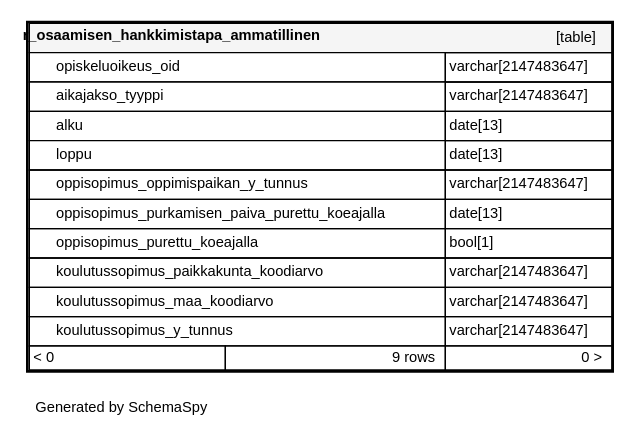
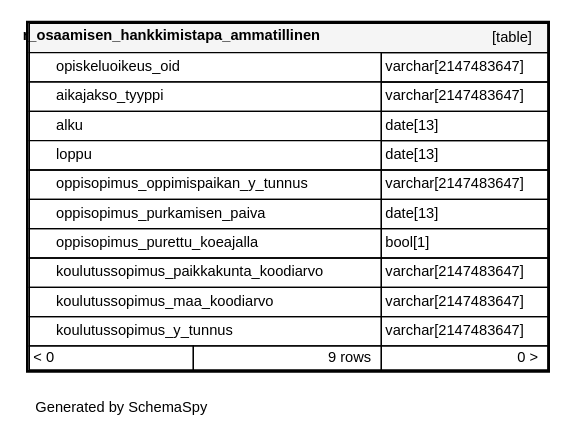
Before and after one commit to Opetushallitus/koski: the diagram in documentation/tietokantaskeemat/koski-raportointikanta/diagrams/tables/r_osaamisen_hankkimistapa_ammatillinen.1degree.dot, drawn with Graphviz. The commit also changed 100 other files, not shown here.

```diff
--- a/documentation/tietokantaskeemat/koski-raportointikanta/diagrams/tables/r_osaamisen_hankkimistapa_ammatillinen.1degree.dot
+++ b/documentation/tietokantaskeemat/koski-raportointikanta/diagrams/tables/r_osaamisen_hankkimistapa_ammatillinen.1degree.dot
@@ -1,23 +1,23 @@
 digraph "oneDegreeRelationshipsDiagram" {
   graph [    rankdir="RL"    bgcolor="#ffffff"    label="\nGenerated by SchemaSpy"    labeljust="l"    nodesep="0.18"    ranksep="0.46"    fontname="Helvetica"    fontsize="11"    ration="compress"  ];  node [    fontname="Helvetica"    fontsize="11"    shape="plaintext"  ];  edge [    arrowsize="0.8"  ];
   "r_osaamisen_hankkimistapa_ammatillinen" [
    label=<
     <TABLE BORDER="2" CELLBORDER="1" CELLSPACING="0" BGCOLOR="#ffffff">
       <TR><TD COLSPAN="4"  BGCOLOR="#f5f5f5"><TABLE BORDER="0" CELLSPACING="0"><TR><TD ALIGN="LEFT" FIXEDSIZE="TRUE" WIDTH="243" HEIGHT="16"><B>r_osaamisen_hankkimistapa_ammatillinen</B></TD><TD ALIGN="RIGHT">[table]</TD></TR></TABLE></TD></TR>
-      <TR><TD PORT="opiskeluoikeus_oid" COLSPAN="2" BGCOLOR="#ffffff" ALIGN="LEFT"><TABLE BORDER="0" CELLSPACING="0" ALIGN="LEFT"><TR ALIGN="LEFT"><TD ALIGN="LEFT" FIXEDSIZE="TRUE" WIDTH="15" HEIGHT="16"></TD><TD ALIGN="LEFT" FIXEDSIZE="TRUE" WIDTH="291" HEIGHT="16">opiskeluoikeus_oid</TD></TR></TABLE></TD><TD PORT="opiskeluoikeus_oid.type" ALIGN="LEFT">varchar[2147483647]</TD></TR>
-      <TR><TD PORT="aikajakso_tyyppi" COLSPAN="2" BGCOLOR="#ffffff" ALIGN="LEFT"><TABLE BORDER="0" CELLSPACING="0" ALIGN="LEFT"><TR ALIGN="LEFT"><TD ALIGN="LEFT" FIXEDSIZE="TRUE" WIDTH="15" HEIGHT="16"></TD><TD ALIGN="LEFT" FIXEDSIZE="TRUE" WIDTH="291" HEIGHT="16">aikajakso_tyyppi</TD></TR></TABLE></TD><TD PORT="aikajakso_tyyppi.type" ALIGN="LEFT">varchar[2147483647]</TD></TR>
-      <TR><TD PORT="alku" COLSPAN="2" BGCOLOR="#ffffff" ALIGN="LEFT"><TABLE BORDER="0" CELLSPACING="0" ALIGN="LEFT"><TR ALIGN="LEFT"><TD ALIGN="LEFT" FIXEDSIZE="TRUE" WIDTH="15" HEIGHT="16"></TD><TD ALIGN="LEFT" FIXEDSIZE="TRUE" WIDTH="291" HEIGHT="16">alku</TD></TR></TABLE></TD><TD PORT="alku.type" ALIGN="LEFT">date[13]</TD></TR>
-      <TR><TD PORT="loppu" COLSPAN="2" BGCOLOR="#ffffff" ALIGN="LEFT"><TABLE BORDER="0" CELLSPACING="0" ALIGN="LEFT"><TR ALIGN="LEFT"><TD ALIGN="LEFT" FIXEDSIZE="TRUE" WIDTH="15" HEIGHT="16"></TD><TD ALIGN="LEFT" FIXEDSIZE="TRUE" WIDTH="291" HEIGHT="16">loppu</TD></TR></TABLE></TD><TD PORT="loppu.type" ALIGN="LEFT">date[13]</TD></TR>
-      <TR><TD PORT="oppisopimus_oppimispaikan_y_tunnus" COLSPAN="2" ALIGN="LEFT"><TABLE BORDER="0" CELLSPACING="0" ALIGN="LEFT"><TR ALIGN="LEFT"><TD ALIGN="LEFT" FIXEDSIZE="TRUE" WIDTH="15" HEIGHT="16"></TD><TD ALIGN="LEFT" FIXEDSIZE="TRUE" WIDTH="291" HEIGHT="16">oppisopimus_oppimispaikan_y_tunnus</TD></TR></TABLE></TD><TD PORT="oppisopimus_oppimispaikan_y_tunnus.type" ALIGN="LEFT">varchar[2147483647]</TD></TR>
-      <TR><TD PORT="oppisopimus_purkamisen_paiva_purettu_koeajalla" COLSPAN="2" ALIGN="LEFT"><TABLE BORDER="0" CELLSPACING="0" ALIGN="LEFT"><TR ALIGN="LEFT"><TD ALIGN="LEFT" FIXEDSIZE="TRUE" WIDTH="15" HEIGHT="16"></TD><TD ALIGN="LEFT" FIXEDSIZE="TRUE" WIDTH="291" HEIGHT="16">oppisopimus_purkamisen_paiva_purettu_koeajalla</TD></TR></TABLE></TD><TD PORT="oppisopimus_purkamisen_paiva_purettu_koeajalla.type" ALIGN="LEFT">date[13]</TD></TR>
-      <TR><TD PORT="oppisopimus_purettu_koeajalla" COLSPAN="2" ALIGN="LEFT"><TABLE BORDER="0" CELLSPACING="0" ALIGN="LEFT"><TR ALIGN="LEFT"><TD ALIGN="LEFT" FIXEDSIZE="TRUE" WIDTH="15" HEIGHT="16"></TD><TD ALIGN="LEFT" FIXEDSIZE="TRUE" WIDTH="291" HEIGHT="16">oppisopimus_purettu_koeajalla</TD></TR></TABLE></TD><TD PORT="oppisopimus_purettu_koeajalla.type" ALIGN="LEFT">bool[1]</TD></TR>
-      <TR><TD PORT="koulutussopimus_paikkakunta_koodiarvo" COLSPAN="2" ALIGN="LEFT"><TABLE BORDER="0" CELLSPACING="0" ALIGN="LEFT"><TR ALIGN="LEFT"><TD ALIGN="LEFT" FIXEDSIZE="TRUE" WIDTH="15" HEIGHT="16"></TD><TD ALIGN="LEFT" FIXEDSIZE="TRUE" WIDTH="291" HEIGHT="16">koulutussopimus_paikkakunta_koodiarvo</TD></TR></TABLE></TD><TD PORT="koulutussopimus_paikkakunta_koodiarvo.type" ALIGN="LEFT">varchar[2147483647]</TD></TR>
-      <TR><TD PORT="koulutussopimus_maa_koodiarvo" COLSPAN="2" ALIGN="LEFT"><TABLE BORDER="0" CELLSPACING="0" ALIGN="LEFT"><TR ALIGN="LEFT"><TD ALIGN="LEFT" FIXEDSIZE="TRUE" WIDTH="15" HEIGHT="16"></TD><TD ALIGN="LEFT" FIXEDSIZE="TRUE" WIDTH="291" HEIGHT="16">koulutussopimus_maa_koodiarvo</TD></TR></TABLE></TD><TD PORT="koulutussopimus_maa_koodiarvo.type" ALIGN="LEFT">varchar[2147483647]</TD></TR>
-      <TR><TD PORT="koulutussopimus_y_tunnus" COLSPAN="2" ALIGN="LEFT"><TABLE BORDER="0" CELLSPACING="0" ALIGN="LEFT"><TR ALIGN="LEFT"><TD ALIGN="LEFT" FIXEDSIZE="TRUE" WIDTH="15" HEIGHT="16"></TD><TD ALIGN="LEFT" FIXEDSIZE="TRUE" WIDTH="291" HEIGHT="16">koulutussopimus_y_tunnus</TD></TR></TABLE></TD><TD PORT="koulutussopimus_y_tunnus.type" ALIGN="LEFT">varchar[2147483647]</TD></TR>
+      <TR><TD PORT="opiskeluoikeus_oid" COLSPAN="2" BGCOLOR="#ffffff" ALIGN="LEFT"><TABLE BORDER="0" CELLSPACING="0" ALIGN="LEFT"><TR ALIGN="LEFT"><TD ALIGN="LEFT" FIXEDSIZE="TRUE" WIDTH="15" HEIGHT="16"></TD><TD ALIGN="LEFT" FIXEDSIZE="TRUE" WIDTH="243" HEIGHT="16">opiskeluoikeus_oid</TD></TR></TABLE></TD><TD PORT="opiskeluoikeus_oid.type" ALIGN="LEFT">varchar[2147483647]</TD></TR>
+      <TR><TD PORT="aikajakso_tyyppi" COLSPAN="2" BGCOLOR="#ffffff" ALIGN="LEFT"><TABLE BORDER="0" CELLSPACING="0" ALIGN="LEFT"><TR ALIGN="LEFT"><TD ALIGN="LEFT" FIXEDSIZE="TRUE" WIDTH="15" HEIGHT="16"></TD><TD ALIGN="LEFT" FIXEDSIZE="TRUE" WIDTH="243" HEIGHT="16">aikajakso_tyyppi</TD></TR></TABLE></TD><TD PORT="aikajakso_tyyppi.type" ALIGN="LEFT">varchar[2147483647]</TD></TR>
+      <TR><TD PORT="alku" COLSPAN="2" BGCOLOR="#ffffff" ALIGN="LEFT"><TABLE BORDER="0" CELLSPACING="0" ALIGN="LEFT"><TR ALIGN="LEFT"><TD ALIGN="LEFT" FIXEDSIZE="TRUE" WIDTH="15" HEIGHT="16"></TD><TD ALIGN="LEFT" FIXEDSIZE="TRUE" WIDTH="243" HEIGHT="16">alku</TD></TR></TABLE></TD><TD PORT="alku.type" ALIGN="LEFT">date[13]</TD></TR>
+      <TR><TD PORT="loppu" COLSPAN="2" BGCOLOR="#ffffff" ALIGN="LEFT"><TABLE BORDER="0" CELLSPACING="0" ALIGN="LEFT"><TR ALIGN="LEFT"><TD ALIGN="LEFT" FIXEDSIZE="TRUE" WIDTH="15" HEIGHT="16"></TD><TD ALIGN="LEFT" FIXEDSIZE="TRUE" WIDTH="243" HEIGHT="16">loppu</TD></TR></TABLE></TD><TD PORT="loppu.type" ALIGN="LEFT">date[13]</TD></TR>
+      <TR><TD PORT="oppisopimus_oppimispaikan_y_tunnus" COLSPAN="2" ALIGN="LEFT"><TABLE BORDER="0" CELLSPACING="0" ALIGN="LEFT"><TR ALIGN="LEFT"><TD ALIGN="LEFT" FIXEDSIZE="TRUE" WIDTH="15" HEIGHT="16"></TD><TD ALIGN="LEFT" FIXEDSIZE="TRUE" WIDTH="243" HEIGHT="16">oppisopimus_oppimispaikan_y_tunnus</TD></TR></TABLE></TD><TD PORT="oppisopimus_oppimispaikan_y_tunnus.type" ALIGN="LEFT">varchar[2147483647]</TD></TR>
+      <TR><TD PORT="oppisopimus_purkamisen_paiva" COLSPAN="2" ALIGN="LEFT"><TABLE BORDER="0" CELLSPACING="0" ALIGN="LEFT"><TR ALIGN="LEFT"><TD ALIGN="LEFT" FIXEDSIZE="TRUE" WIDTH="15" HEIGHT="16"></TD><TD ALIGN="LEFT" FIXEDSIZE="TRUE" WIDTH="243" HEIGHT="16">oppisopimus_purkamisen_paiva</TD></TR></TABLE></TD><TD PORT="oppisopimus_purkamisen_paiva.type" ALIGN="LEFT">date[13]</TD></TR>
+      <TR><TD PORT="oppisopimus_purettu_koeajalla" COLSPAN="2" ALIGN="LEFT"><TABLE BORDER="0" CELLSPACING="0" ALIGN="LEFT"><TR ALIGN="LEFT"><TD ALIGN="LEFT" FIXEDSIZE="TRUE" WIDTH="15" HEIGHT="16"></TD><TD ALIGN="LEFT" FIXEDSIZE="TRUE" WIDTH="243" HEIGHT="16">oppisopimus_purettu_koeajalla</TD></TR></TABLE></TD><TD PORT="oppisopimus_purettu_koeajalla.type" ALIGN="LEFT">bool[1]</TD></TR>
+      <TR><TD PORT="koulutussopimus_paikkakunta_koodiarvo" COLSPAN="2" ALIGN="LEFT"><TABLE BORDER="0" CELLSPACING="0" ALIGN="LEFT"><TR ALIGN="LEFT"><TD ALIGN="LEFT" FIXEDSIZE="TRUE" WIDTH="15" HEIGHT="16"></TD><TD ALIGN="LEFT" FIXEDSIZE="TRUE" WIDTH="243" HEIGHT="16">koulutussopimus_paikkakunta_koodiarvo</TD></TR></TABLE></TD><TD PORT="koulutussopimus_paikkakunta_koodiarvo.type" ALIGN="LEFT">varchar[2147483647]</TD></TR>
+      <TR><TD PORT="koulutussopimus_maa_koodiarvo" COLSPAN="2" ALIGN="LEFT"><TABLE BORDER="0" CELLSPACING="0" ALIGN="LEFT"><TR ALIGN="LEFT"><TD ALIGN="LEFT" FIXEDSIZE="TRUE" WIDTH="15" HEIGHT="16"></TD><TD ALIGN="LEFT" FIXEDSIZE="TRUE" WIDTH="243" HEIGHT="16">koulutussopimus_maa_koodiarvo</TD></TR></TABLE></TD><TD PORT="koulutussopimus_maa_koodiarvo.type" ALIGN="LEFT">varchar[2147483647]</TD></TR>
+      <TR><TD PORT="koulutussopimus_y_tunnus" COLSPAN="2" ALIGN="LEFT"><TABLE BORDER="0" CELLSPACING="0" ALIGN="LEFT"><TR ALIGN="LEFT"><TD ALIGN="LEFT" FIXEDSIZE="TRUE" WIDTH="15" HEIGHT="16"></TD><TD ALIGN="LEFT" FIXEDSIZE="TRUE" WIDTH="243" HEIGHT="16">koulutussopimus_y_tunnus</TD></TR></TABLE></TD><TD PORT="koulutussopimus_y_tunnus.type" ALIGN="LEFT">varchar[2147483647]</TD></TR>
       <TR><TD ALIGN="LEFT" BGCOLOR="#ffffff">&lt; 0</TD><TD ALIGN="RIGHT" BGCOLOR="#ffffff">9 rows</TD><TD ALIGN="RIGHT" BGCOLOR="#ffffff">0 &gt;</TD></TR>
     </TABLE>>
     URL="../../tables/r_osaamisen_hankkimistapa_ammatillinen.html"
     target="_top"
     tooltip="r_osaamisen_hankkimistapa_ammatillinen"
   ];
 }
```
